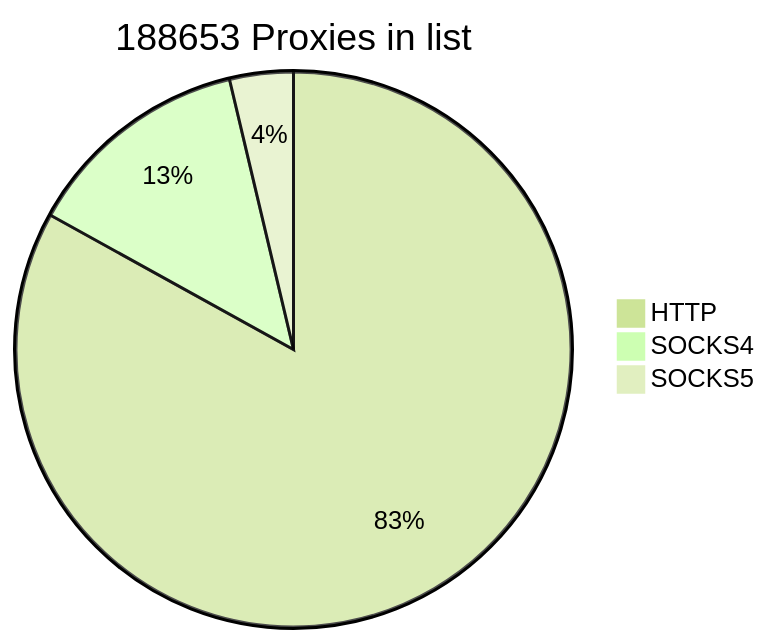
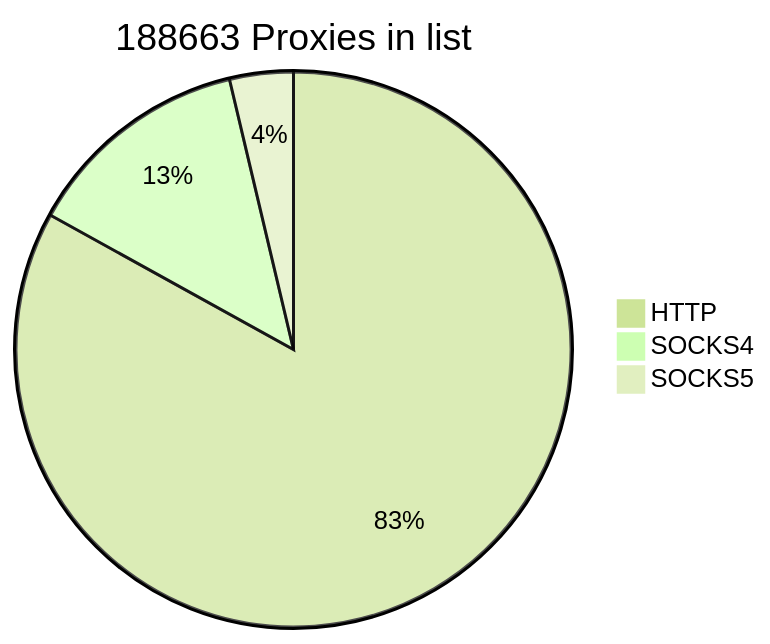
One commit to cutipu/proxylist changed the first of 2 diagrams in README.md. Above: the diagram before and after it, drawn with Mermaid (forest theme). The commit also changed other lines of this file, not shown here.

````diff
--- a/README.md
+++ b/README.md
@@ -2,7 +2,7 @@
 ```mermaid
-pie title 188653 Proxies in list
-    "HTTP" : 156648
-    "SOCKS4" : 25020
+pie title 188663 Proxies in list
+    "HTTP" : 156659
+    "SOCKS4" : 25019
     "SOCKS5" : 6985
             
 ```
````
